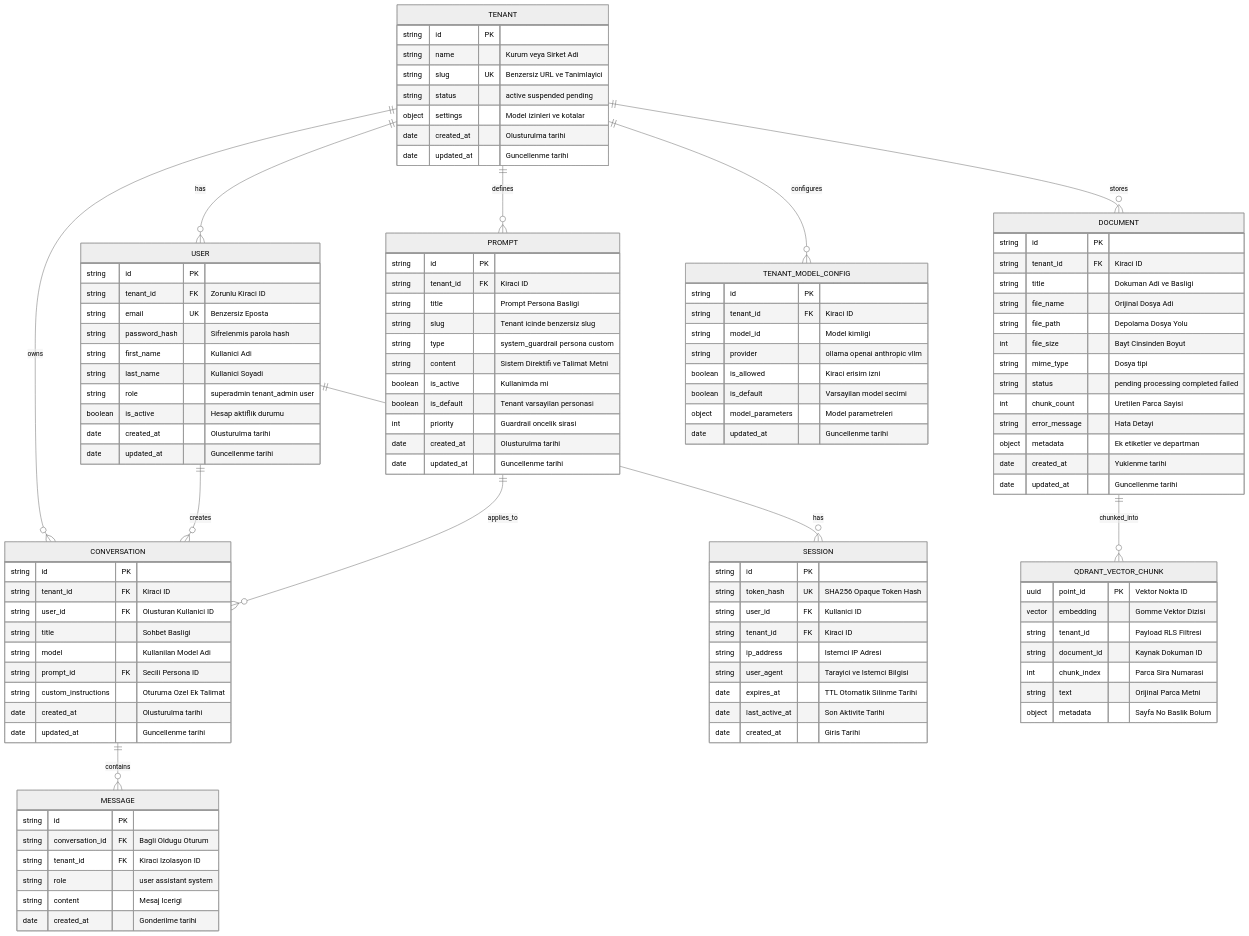
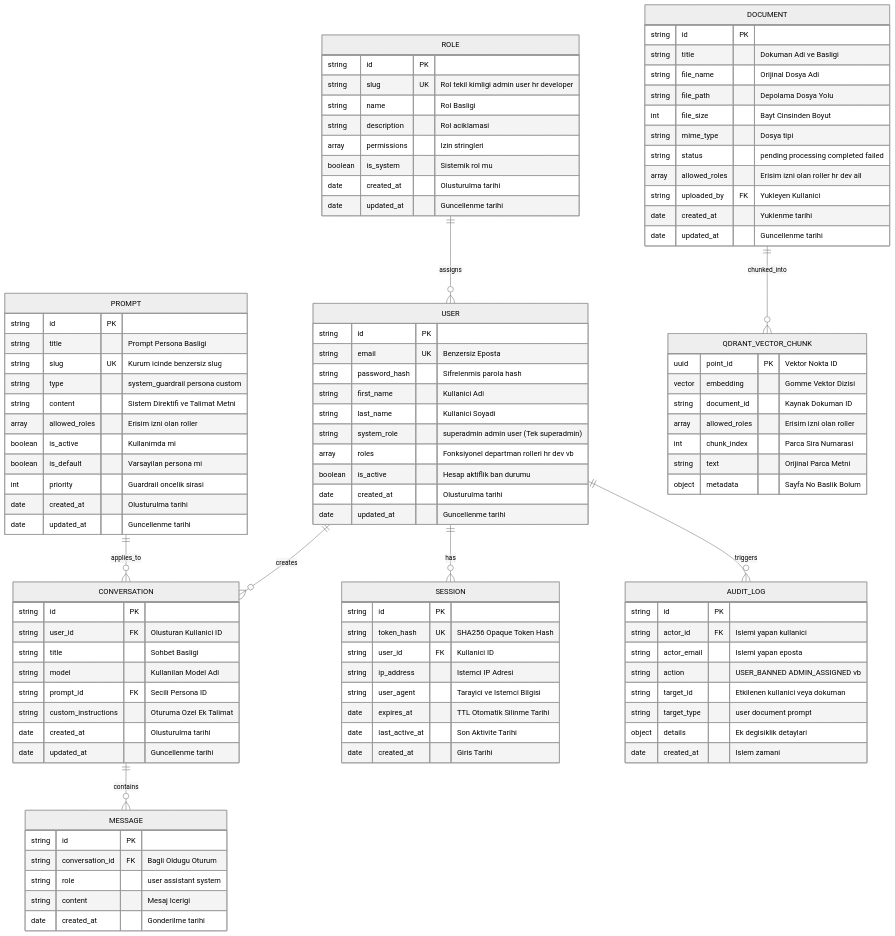
The first of 5 diagrams in documents/common/data_and_business_workflows.md (aemreceylan/localAIApp), drawn with Mermaid (neutral theme) before and after one commit. The commit also changed other lines of this file and 59 other files, not shown here.

````diff
--- a/documents/common/data_and_business_workflows.md
+++ b/documents/common/data_and_business_workflows.md
@@ -29,35 +29,33 @@
 ```mermaid
 erDiagram
-    TENANT ||--o{ USER : has
-    TENANT ||--o{ PROMPT : defines
-    TENANT ||--o{ CONVERSATION : owns
-    TENANT ||--o{ DOCUMENT : stores
-    TENANT ||--o{ TENANT_MODEL_CONFIG : configures
+    ROLE ||--o{ USER : assigns
     USER ||--o{ CONVERSATION : creates
     USER ||--o{ SESSION : has
+    USER ||--o{ AUDIT_LOG : triggers
     CONVERSATION ||--o{ MESSAGE : contains
     PROMPT ||--o{ CONVERSATION : applies_to
     DOCUMENT ||--o{ QDRANT_VECTOR_CHUNK : chunked_into
 
-    TENANT {
+    ROLE {
         string id PK
-        string name "Kurum veya Sirket Adi"
-        string slug UK "Benzersiz URL ve Tanimlayici"
-        string status "active suspended pending"
-        object settings "Model izinleri ve kotalar"
+        string slug UK "Rol tekil kimligi admin user hr developer"
+        string name "Rol Basligi"
+        string description "Rol aciklamasi"
+        array permissions "Izin stringleri"
+        boolean is_system "Sistemik rol mu"
         date created_at "Olusturulma tarihi"
         date updated_at "Guncellenme tarihi"
     }
 
     USER {
         string id PK
-        string tenant_id FK "Zorunlu Kiraci ID"
         string email UK "Benzersiz Eposta"
         string password_hash "Sifrelenmis parola hash"
         string first_name "Kullanici Adi"
         string last_name "Kullanici Soyadi"
-        string role "superadmin tenant_admin user"
-        boolean is_active "Hesap aktiflik durumu"
+        string system_role "superadmin admin user (Tek superadmin)"
+        array roles "Fonksiyonel departman rolleri hr dev vb"
+        boolean is_active "Hesap aktiflik ban durumu"
         date created_at "Olusturulma tarihi"
         date updated_at "Guncellenme tarihi"
     }
@@ -66,7 +64,6 @@
         string id PK
         string token_hash UK "SHA256 Opaque Token Hash"
         string user_id FK "Kullanici ID"
-        string tenant_id FK "Kiraci ID"
         string ip_address "Istemci IP Adresi"
         string user_agent "Tarayici ve Istemci Bilgisi"
         date expires_at "TTL Otomatik Silinme Tarihi"
@@ -74,26 +71,26 @@
         date created_at "Giris Tarihi"
     }
 
-    TENANT_MODEL_CONFIG {
+    AUDIT_LOG {
         string id PK
-        string tenant_id FK "Kiraci ID"
-        string model_id "Model kimligi"
-        string provider "ollama openai anthropic vllm"
-        boolean is_allowed "Kiraci erisim izni"
-        boolean is_default "Varsayilan model secimi"
-        object model_parameters "Model parametreleri"
-        date updated_at "Guncellenme tarihi"
+        string actor_id FK "Islemi yapan kullanici"
+        string actor_email "Islemi yapan eposta"
+        string action "USER_BANNED ADMIN_ASSIGNED vb"
+        string target_id "Etkilenen kullanici veya dokuman"
+        string target_type "user document prompt"
+        object details "Ek degisiklik detaylari"
+        date created_at "Islem zamani"
     }
 
     PROMPT {
         string id PK
-        string tenant_id FK "Kiraci ID"
         string title "Prompt Persona Basligi"
-        string slug "Tenant icinde benzersiz slug"
+        string slug UK "Kurum icinde benzersiz slug"
         string type "system_guardrail persona custom"
         string content "Sistem Direktifi ve Talimat Metni"
+        array allowed_roles "Erisim izni olan roller"
         boolean is_active "Kullanimda mi"
-        boolean is_default "Tenant varsayilan personasi"
+        boolean is_default "Varsayilan persona mi"
         int priority "Guardrail oncelik sirasi"
         date created_at "Olusturulma tarihi"
         date updated_at "Guncellenme tarihi"
@@ -101,7 +98,6 @@
 
     CONVERSATION {
         string id PK
-        string tenant_id FK "Kiraci ID"
         string user_id FK "Olusturan Kullanici ID"
         string title "Sohbet Basligi"
         string model "Kullanilan Model Adi"
@@ -114,7 +110,6 @@
     MESSAGE {
         string id PK
         string conversation_id FK "Bagli Oldugu Oturum"
-        string tenant_id FK "Kiraci Izolasyon ID"
         string role "user assistant system"
         string content "Mesaj Icerigi"
         date created_at "Gonderilme tarihi"
@@ -122,16 +117,14 @@
 
     DOCUMENT {
         string id PK
-        string tenant_id FK "Kiraci ID"
         string title "Dokuman Adi ve Basligi"
         string file_name "Orijinal Dosya Adi"
         string file_path "Depolama Dosya Yolu"
         int file_size "Bayt Cinsinden Boyut"
         string mime_type "Dosya tipi"
         string status "pending processing completed failed"
-        int chunk_count "Uretilen Parca Sayisi"
-        string error_message "Hata Detayi"
-        object metadata "Ek etiketler ve departman"
+        array allowed_roles "Erisim izni olan roller hr dev all"
+        string uploaded_by FK "Yukleyen Kullanici"
         date created_at "Yuklenme tarihi"
         date updated_at "Guncellenme tarihi"
     }
@@ -139,8 +132,8 @@
     QDRANT_VECTOR_CHUNK {
         uuid point_id PK "Vektor Nokta ID"
         vector embedding "Gomme Vektor Dizisi"
-        string tenant_id "Payload RLS Filtresi"
         string document_id "Kaynak Dokuman ID"
+        array allowed_roles "Erisim izni olan roller"
         int chunk_index "Parca Sira Numarasi"
         string text "Orijinal Parca Metni"
         object metadata "Sayfa No Baslik Bolum"
````
